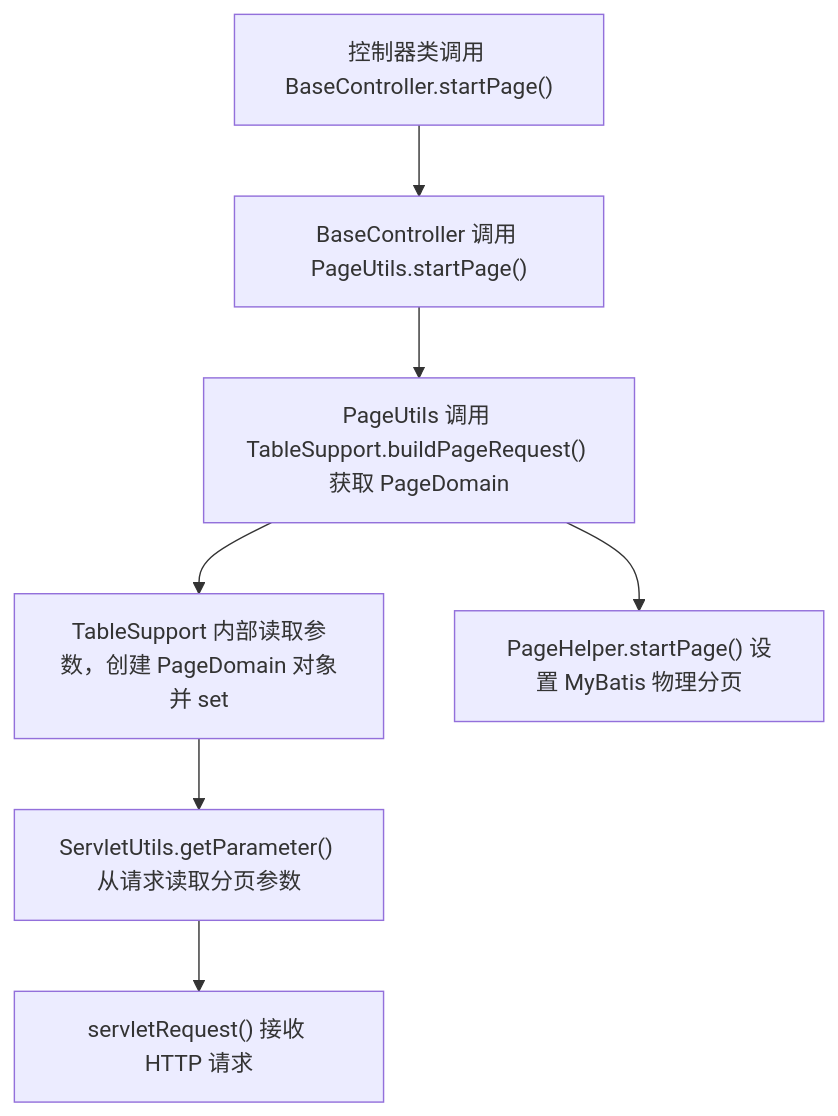
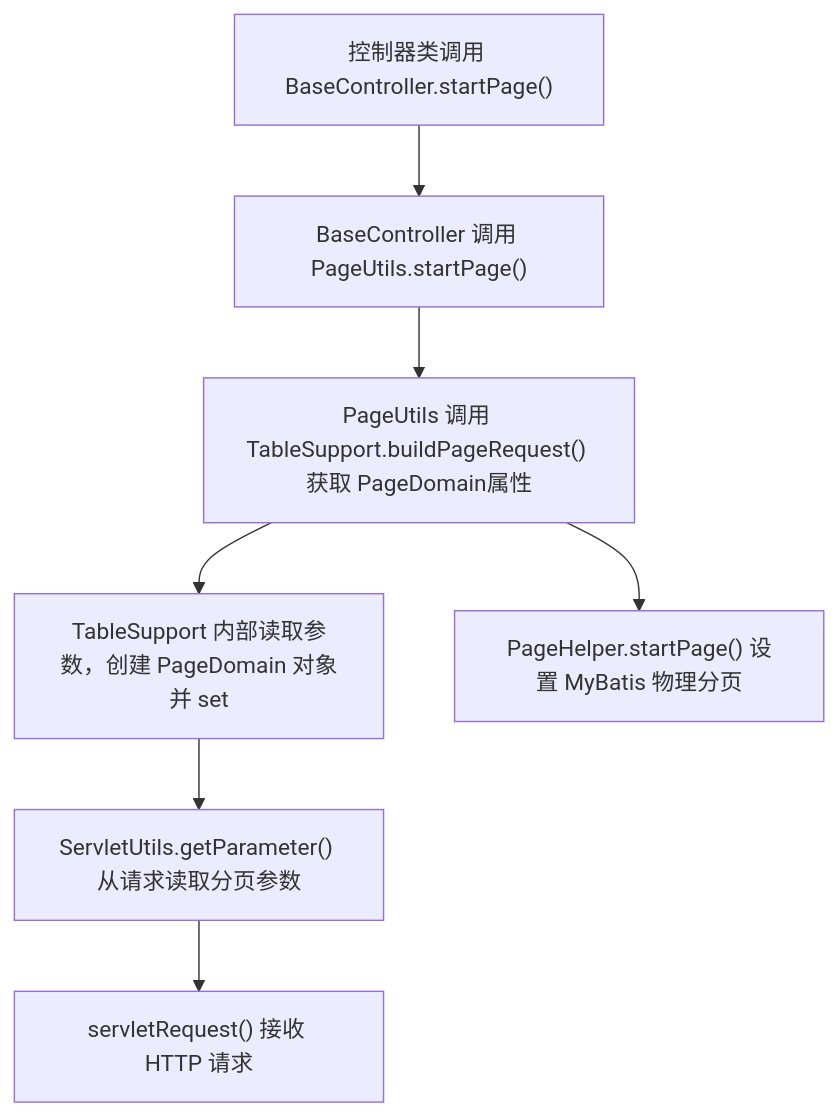
One commit to liuruibo07-creator/007 changed the third of 3 diagrams in Linux/Day61_定时任务与接口测试.md. Above: the diagram before and after it, drawn with Mermaid.

Commit message:
vault backup: 2026-08-23 12:09:01

````diff
--- a/Linux/Day61_定时任务与接口测试.md
+++ b/Linux/Day61_定时任务与接口测试.md
@@ -247,10 +247,10 @@
 ```mermaid
 graph TD
     F["控制器类调用 BaseController.startPage()"] --> E["BaseController 调用 PageUtils.startPage()"]
-    E --> D["PageUtils 调用 TableSupport.buildPageRequest() 获取 PageDomain"]
+    E --> D["PageUtils 调用 TableSupport.buildPageRequest() 获取 PageDomain属性"]
     D --> C["TableSupport 内部读取参数，创建 PageDomain 对象并 set"]
     C --> B["ServletUtils.getParameter() 从请求读取分页参数"]
     B --> A["servletRequest() 接收 HTTP 请求"]
     D --> G["PageHelper.startPage() 设置 MyBatis 物理分页"]
 
 ```
````
